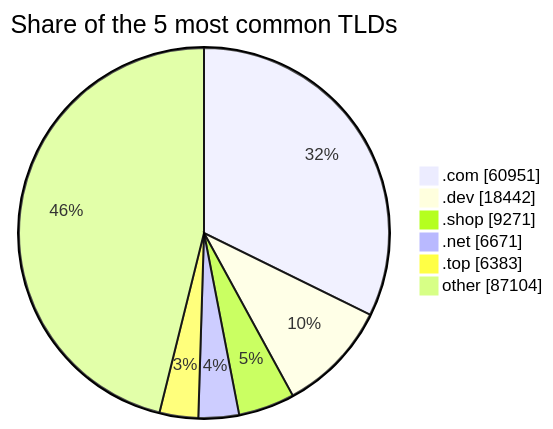
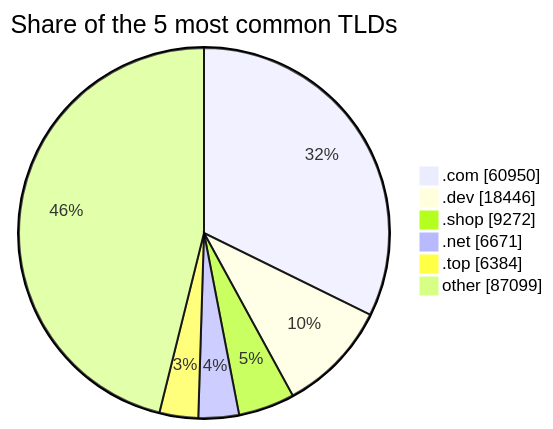
One commit to DNSBunker/CTI changed the third of 3 diagrams in README.md. Above: the diagram before and after it, drawn with Mermaid. The commit also changed other lines of this file and 3 other files, not shown here.

````diff
--- a/README.md
+++ b/README.md
@@ -81,9 +81,9 @@
 ```mermaid
 pie showData title Share of the 5 most common TLDs
-    ".com" : 60951
-    ".dev" : 18442
-    ".shop" : 9271
+    ".com" : 60950
+    ".dev" : 18446
+    ".shop" : 9272
     ".net" : 6671
-    ".top" : 6383
-    "other" : 87104
+    ".top" : 6384
+    "other" : 87099
 ```
````
